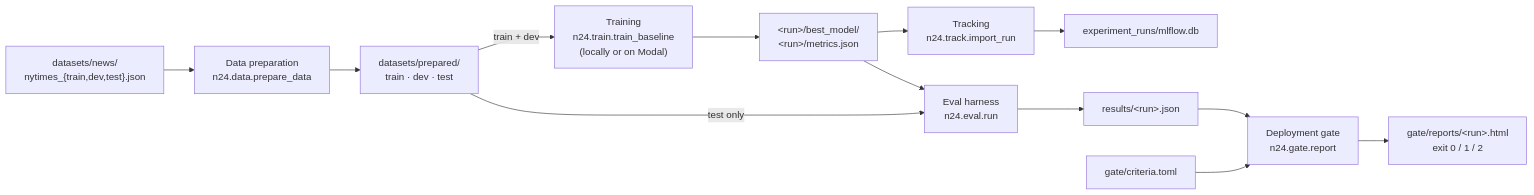
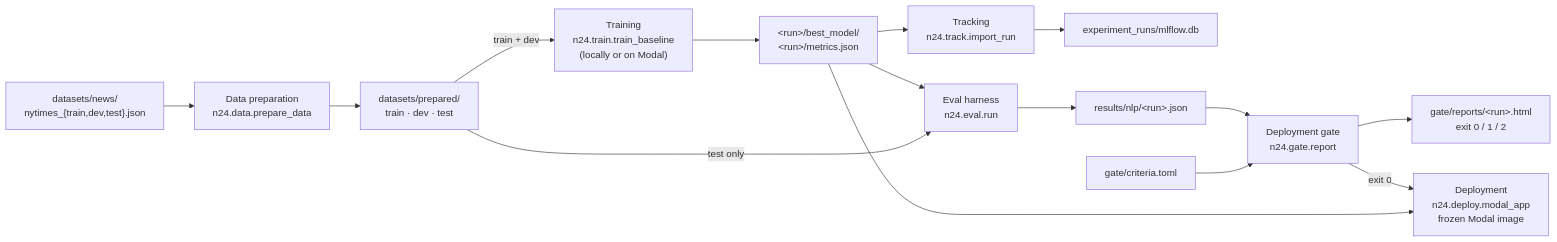
Before and after one commit to gvkannan-explore/MultiLabel_N24: the diagram in README.md, drawn with Mermaid. The commit also changed other lines of this file and 18 other files, not shown here.

First line of the commit message:
Deploy gated encoder runs to Modal from a frozen image

````diff
--- a/README.md
+++ b/README.md
@@ -11,15 +11,17 @@
 ```mermaid
 flowchart LR
     raw["datasets/news/<br/>nytimes_{train,dev,test}.json"] --> prep["Data preparation<br/>n24.data.prepare_data"]
     prep --> prepared["datasets/prepared/<br/>train · dev · test"]
     prepared -- "train + dev" --> train["Training<br/>n24.train.train_baseline<br/>(locally or on Modal)"]
     train --> run["&lt;run&gt;/best_model/<br/>&lt;run&gt;/metrics.json"]
     run --> track["Tracking<br/>n24.track.import_run"]
     track --> mlflow["experiment_runs/mlflow.db"]
     run --> eval["Eval harness<br/>n24.eval.run"]
     prepared -- "test only" --> eval
-    eval --> results["results/&lt;run&gt;.json"]
+    eval --> results["results/nlp/&lt;run&gt;.json"]
     results --> gate["Deployment gate<br/>n24.gate.report"]
     criteria["gate/criteria.toml"] --> gate
     gate --> report["gate/reports/&lt;run&gt;.html<br/>exit 0 / 1 / 2"]
+    gate -- "exit 0" --> deploy["Deployment<br/>n24.deploy.modal_app<br/>frozen Modal image"]
+    run --> deploy
 ```
````
